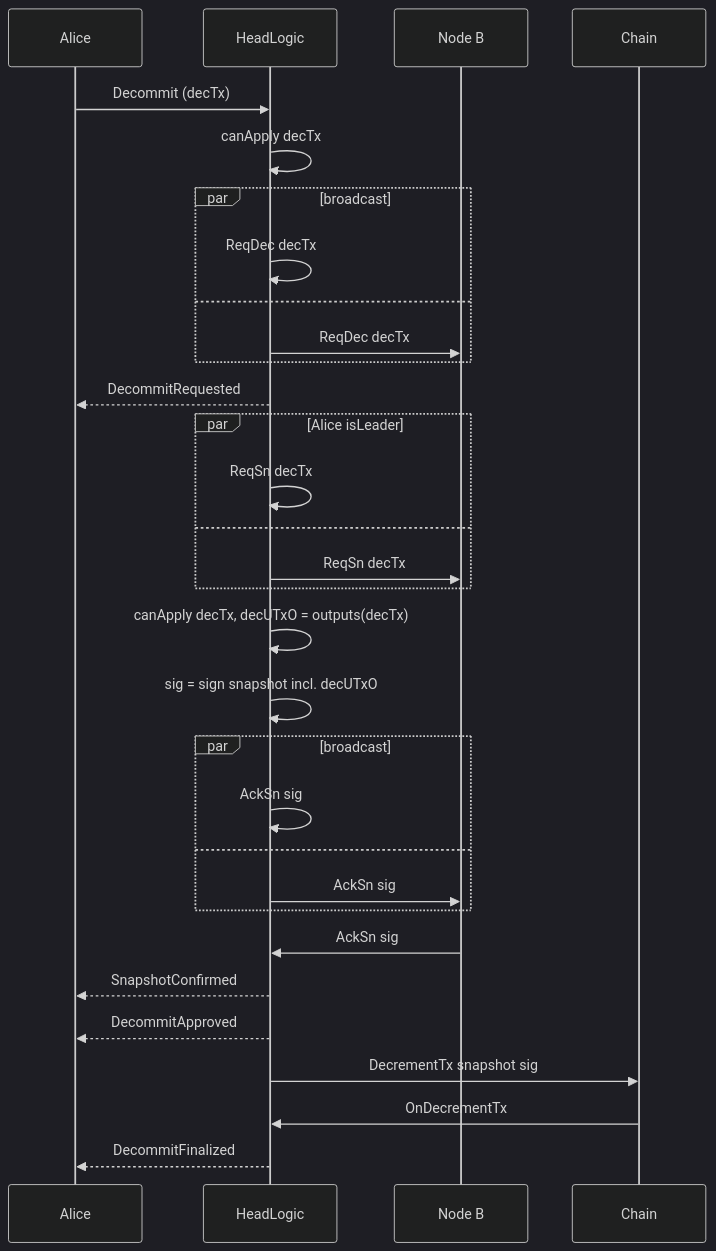
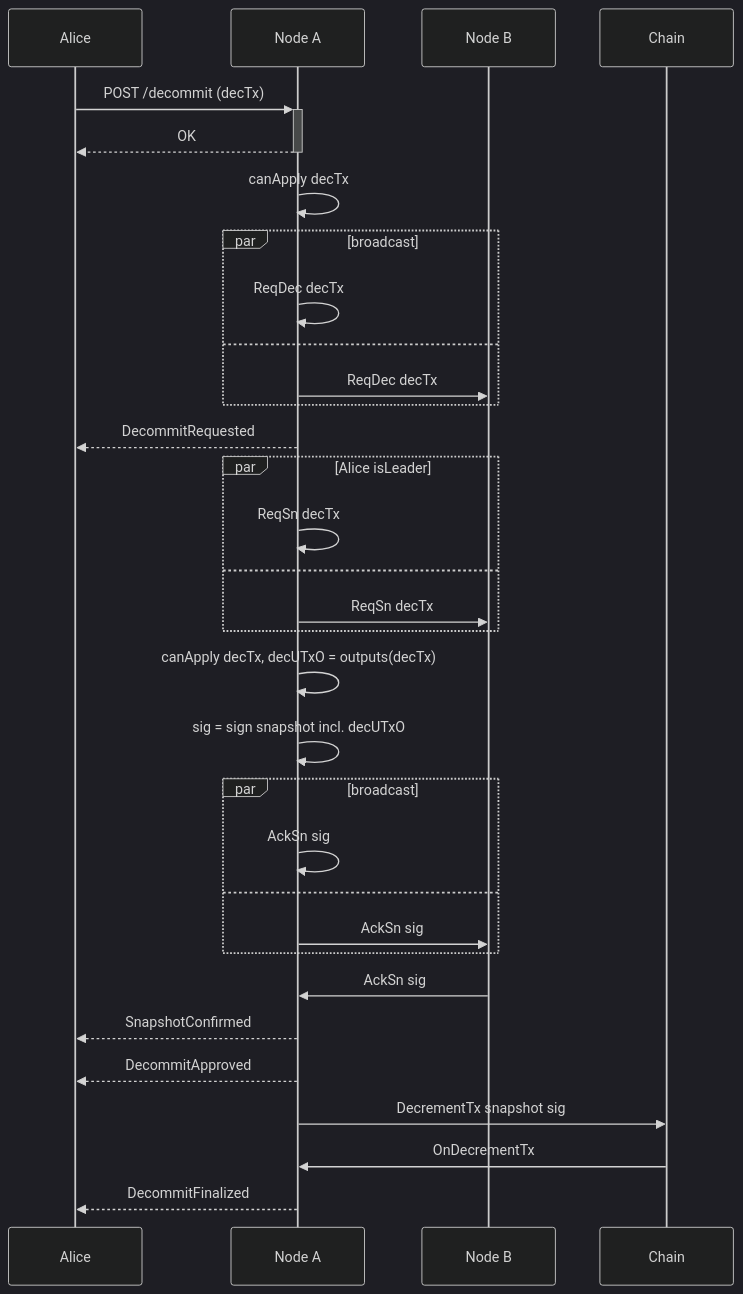
The third of 3 diagrams in docs/docs/dev/protocol.md (chrono-ranger742wc/hydra), drawn with Mermaid (dark theme) before and after one commit. The commit also changed other lines of this file and 70 other files, not shown here.

````diff
--- a/docs/docs/dev/protocol.md
+++ b/docs/docs/dev/protocol.md
@@ -7,37 +60,39 @@
 ```mermaid
 sequenceDiagram
-    Alice->>HeadLogic: Decommit (decTx)
-    HeadLogic->>HeadLogic: canApply decTx
+    Alice->>+Node A: POST /decommit (decTx)
+    Node A-->>-Alice: OK
+
+    Node A->>Node A: canApply decTx
 
     par broadcast
-        HeadLogic->>HeadLogic: ReqDec decTx
+        Node A->>Node A: ReqDec decTx
     and
-        HeadLogic->>Node B: ReqDec decTx
+        Node A->>Node B: ReqDec decTx
     end
 
-    HeadLogic -->> Alice: DecommitRequested
+    Node A -->> Alice: DecommitRequested
 
     par Alice isLeader
-        HeadLogic->>HeadLogic: ReqSn decTx
+        Node A->>Node A: ReqSn decTx
     and
-        HeadLogic->>Node B: ReqSn decTx
+        Node A->>Node B: ReqSn decTx
     end
 
-    HeadLogic->>HeadLogic: canApply decTx, decUTxO =  outputs(decTx)
-    HeadLogic->>HeadLogic: sig = sign snapshot incl. decUTxO
+    Node A->>Node A: canApply decTx, decUTxO =  outputs(decTx)
+    Node A->>Node A: sig = sign snapshot incl. decUTxO
 
     par broadcast
-        HeadLogic->>HeadLogic: AckSn sig
+        Node A->>Node A: AckSn sig
     and
-        HeadLogic->>Node B: AckSn sig
+        Node A->>Node B: AckSn sig
     end
 
-    Node B->>HeadLogic: AckSn sig
+    Node B->>Node A: AckSn sig
 
-    HeadLogic -->> Alice: SnapshotConfirmed
-    HeadLogic -->> Alice: DecommitApproved
+    Node A -->> Alice: SnapshotConfirmed
+    Node A -->> Alice: DecommitApproved
 
-    HeadLogic ->> Chain: DecrementTx snapshot sig
-    Chain ->> HeadLogic: OnDecrementTx
-    HeadLogic -->> Alice: DecommitFinalized
+    Node A ->> Chain: DecrementTx snapshot sig
+    Chain ->> Node A: OnDecrementTx
+    Node A -->> Alice: DecommitFinalized
 ```
````
